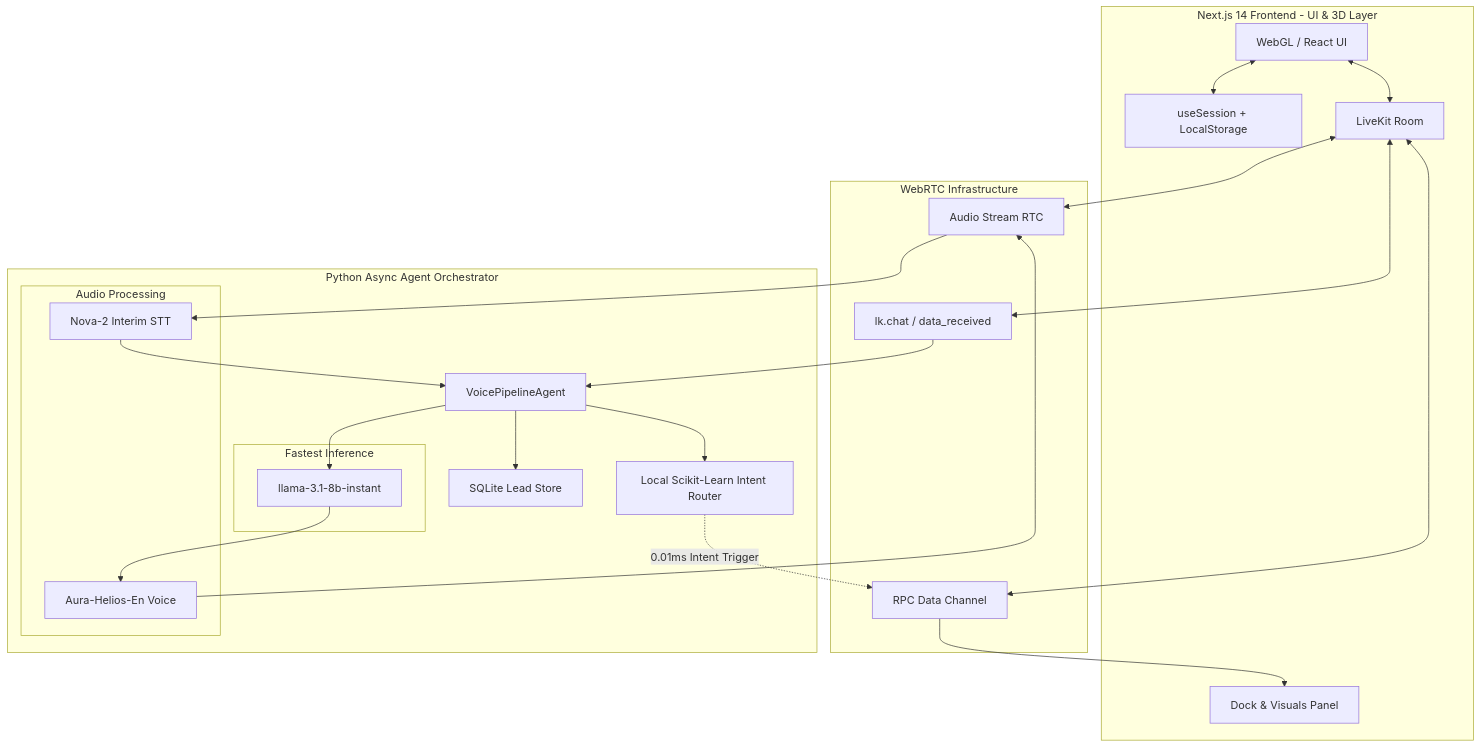
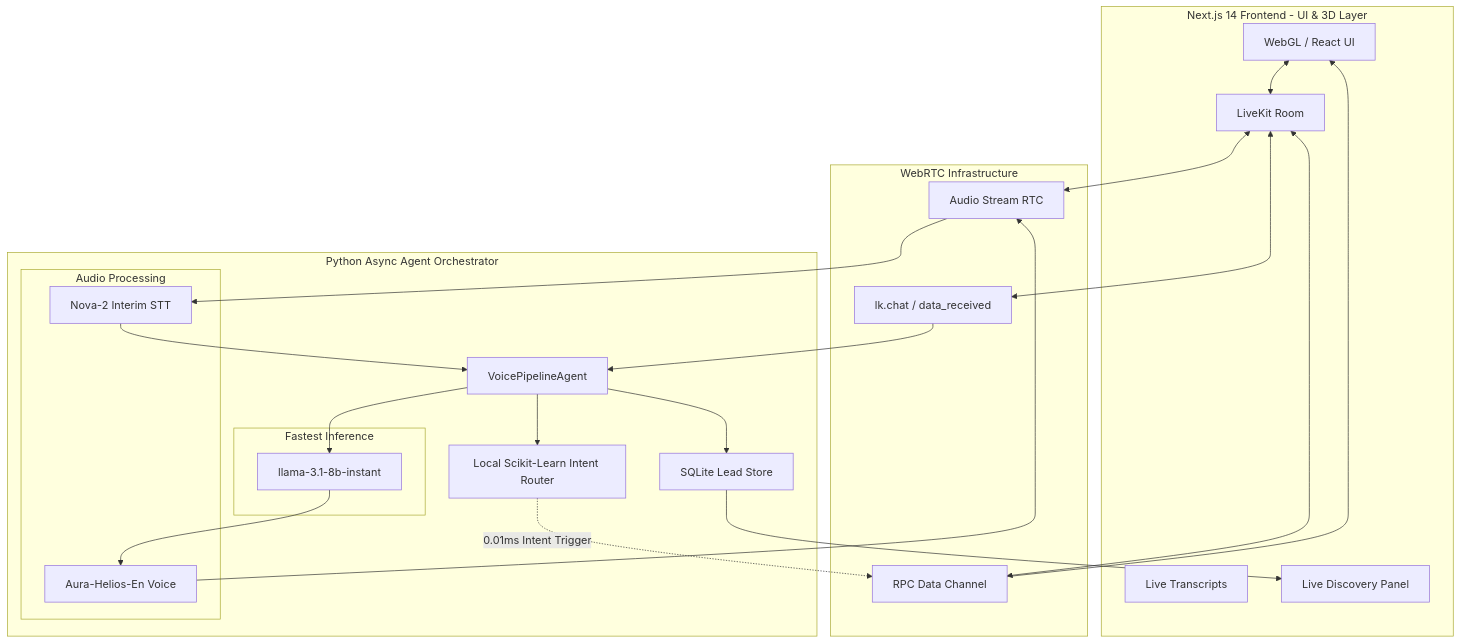
Before and after one commit to soumoditt-source/Maneuver-Voice-AI-System: the diagram in README.md, drawn with Mermaid. The commit also changed other lines of this file and 1 other file, not shown here.

Commit message:
feat(ui): add live JSON download button for discovery output

````diff
--- a/README.md
+++ b/README.md
@@ -30,50 +43,50 @@
 ```mermaid
 graph TD
     subgraph Frontend [Next.js 14 Frontend - UI & 3D Layer]
         UI[WebGL / React UI]
-        Session[useSession + LocalStorage]
+        Chat[Live Transcripts]
+        Lead[Live Discovery Panel]
         LK[LiveKit Room]
-        ML_UI[Dock & Visuals Panel]
     end
 
     subgraph LiveKit Cloud [WebRTC Infrastructure]
         AudioStream[Audio Stream RTC]
         DataChannel[RPC Data Channel]
         ChatTopic[lk.chat / data_received]
     end
 
     subgraph Backend [Python Async Agent Orchestrator]
         Orchestrator[VoicePipelineAgent]
         ML[Local Scikit-Learn Intent Router]
         Store[SQLite Lead Store]
         
         subgraph Groq Cloud [Fastest Inference]
             LLM[llama-3.1-8b-instant]
         end
         
         subgraph Deepgram Cloud [Audio Processing]
             STT[Nova-2 Interim STT]
             TTS[Aura-Helios-En Voice]
         end
     end
 
     %% Connections
-    UI <--> Session
     UI <--> LK
     LK <--> AudioStream
     LK <--> DataChannel
     LK <--> ChatTopic
     
     AudioStream --> STT
     STT --> Orchestrator
     Orchestrator --> LLM
     LLM --> TTS
     TTS --> AudioStream
     
     Orchestrator --> ML
     ML -.->|0.01ms Intent Trigger| DataChannel
-    DataChannel --> ML_UI
+    DataChannel --> UI
     
     Orchestrator --> Store
+    Store --> Lead
     ChatTopic --> Orchestrator
 ```
````
